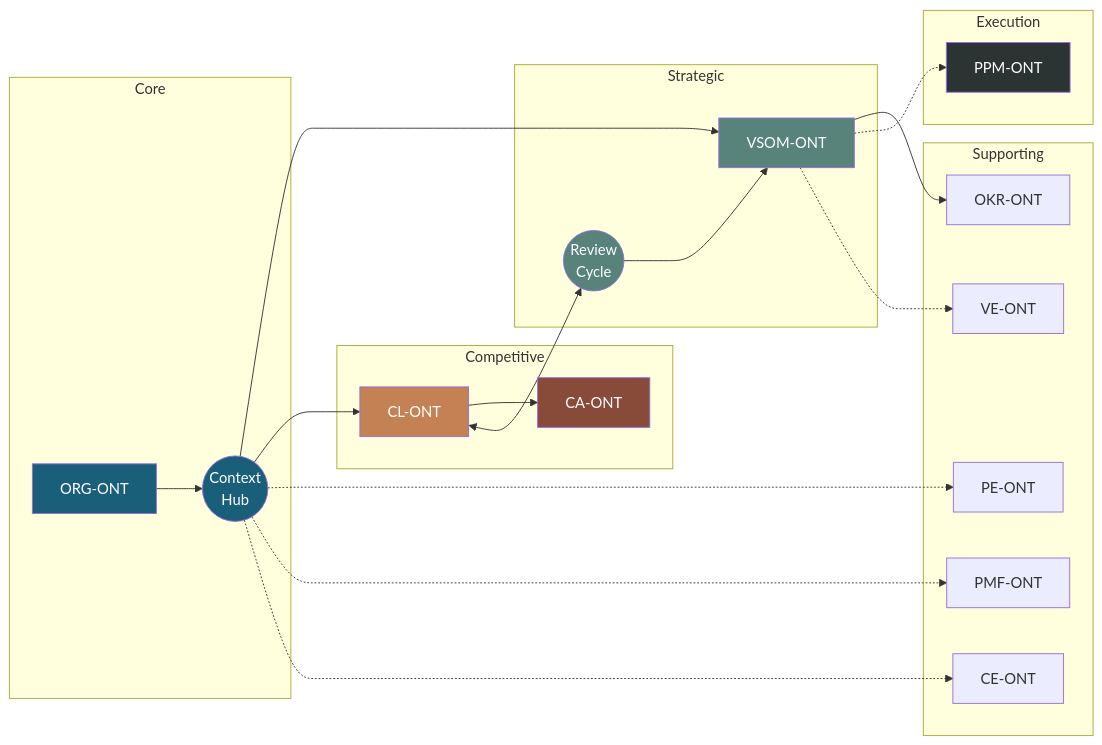
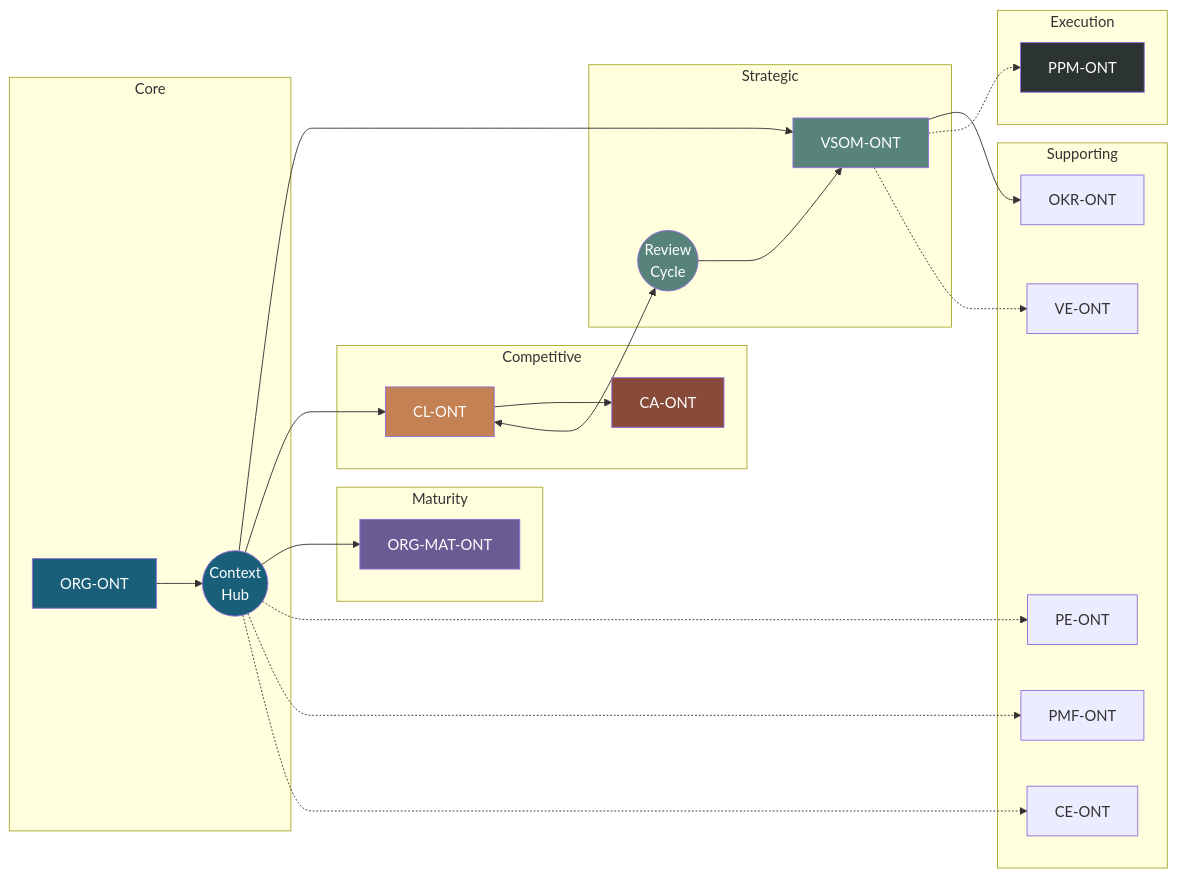
One commit to ajrmooreuk/Azlan-EA-AAA changed the second of 6 diagrams in PBS/ONTOLOGIES/ONTOLOGY-ARCHITECTURE.md. Above: the diagram before and after it, drawn with Mermaid. The commit also changed other lines of this file and 3 other files, not shown here.

First line of the commit message:
Add ORG-MAT-ONT v1.0.0 - Organization Maturity ontology

````diff
--- a/PBS/ONTOLOGIES/ONTOLOGY-ARCHITECTURE.md
+++ b/PBS/ONTOLOGIES/ONTOLOGY-ARCHITECTURE.md
@@ -121,51 +139,57 @@
 ```mermaid
 graph LR
     subgraph "Core"
         ORG[ORG-ONT]
         CTX((Context<br/>Hub))
     end
 
     subgraph "Strategic"
         VSOM[VSOM-ONT]
         REVIEW((Review<br/>Cycle))
     end
 
     subgraph "Competitive"
         CL[CL-ONT]
         CA[CA-ONT]
     end
 
+    subgraph "Maturity"
+        MAT[ORG-MAT-ONT]
+    end
+
     subgraph "Execution"
         PPM[PPM-ONT]
     end
 
     subgraph "Supporting"
         PE[PE-ONT]
         VE[VE-ONT]
         OKR[OKR-ONT]
         PMF[PMF-ONT]
         CE[CE-ONT]
     end
 
     ORG --> CTX
     CTX --> VSOM
     CTX --> CL
+    CTX --> MAT
     CTX -.-> PE
     CTX -.-> PMF
     CTX -.-> CE
 
     CL --> CA
     CL <--> REVIEW
     REVIEW --> VSOM
     VSOM --> OKR
     VSOM -.-> PPM
     VSOM -.-> VE
 
     style ORG fill:#1a5f7a,color:#fff
     style CTX fill:#1a5f7a,color:#fff
     style VSOM fill:#57837b,color:#fff
     style REVIEW fill:#57837b,color:#fff
     style CL fill:#c38154,color:#fff
     style CA fill:#884a39,color:#fff
+    style MAT fill:#6b5b95,color:#fff
     style PPM fill:#2c3333,color:#fff
 ```
````
